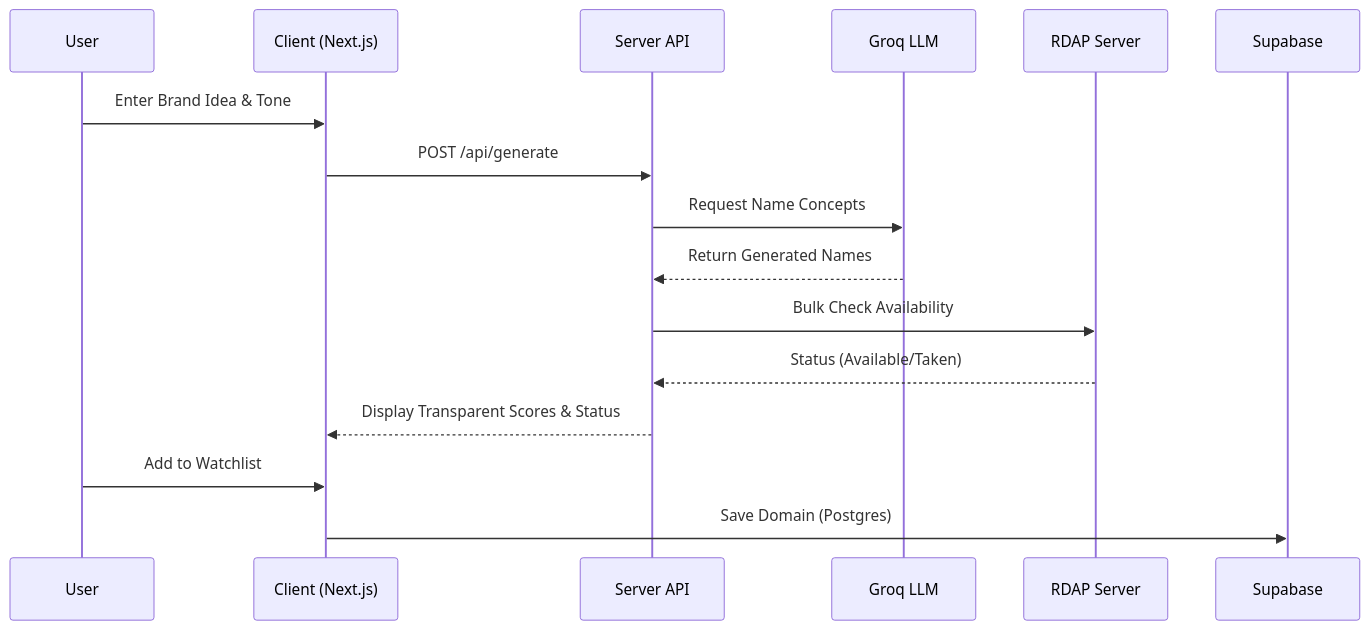
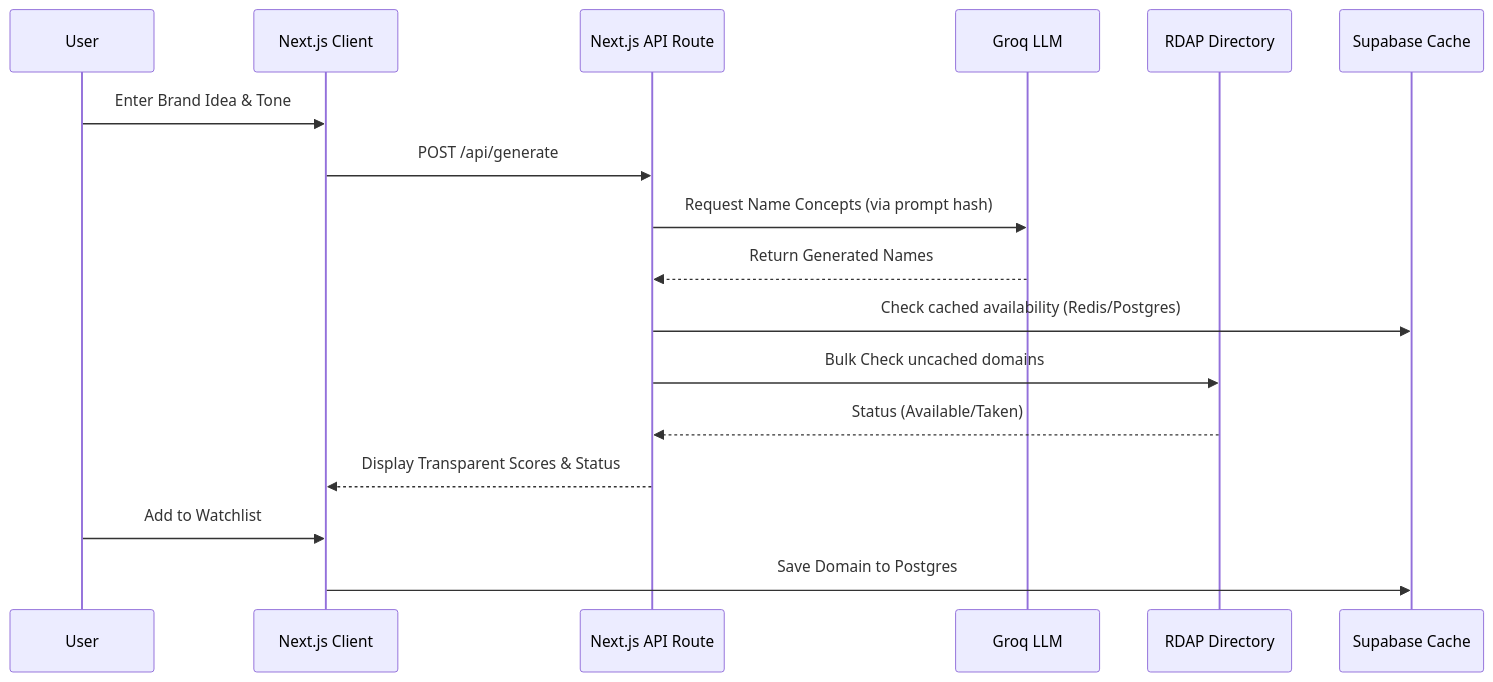
Before and after one commit to harshmehta162005-max/DomainForge: the diagram in README.md, drawn with Mermaid. The commit also changed other lines of this file, not shown here.

````diff
--- a/README.md
+++ b/README.md
@@ -95,19 +130,20 @@
 ```mermaid
 sequenceDiagram
     participant U as User
-    participant C as Client (Next.js)
-    participant S as Server API
+    participant C as Next.js Client
+    participant S as Next.js API Route
     participant G as Groq LLM
-    participant R as RDAP Server
-    participant DB as Supabase
+    participant R as RDAP Directory
+    participant DB as Supabase Cache
 
     U->>C: Enter Brand Idea & Tone
     C->>S: POST /api/generate
-    S->>G: Request Name Concepts
+    S->>G: Request Name Concepts (via prompt hash)
     G-->>S: Return Generated Names
-    S->>R: Bulk Check Availability
+    S->>DB: Check cached availability (Redis/Postgres)
+    S->>R: Bulk Check uncached domains
     R-->>S: Status (Available/Taken)
     S-->>C: Display Transparent Scores & Status
     U->>C: Add to Watchlist
-    C->>DB: Save Domain (Postgres)
+    C->>DB: Save Domain to Postgres
 ```
````
